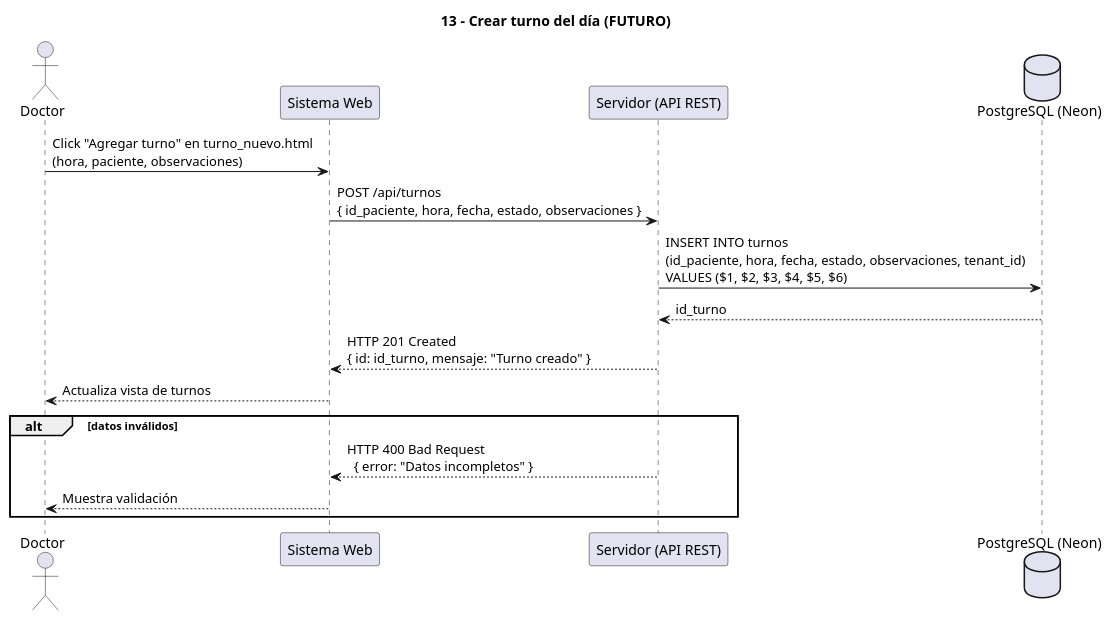
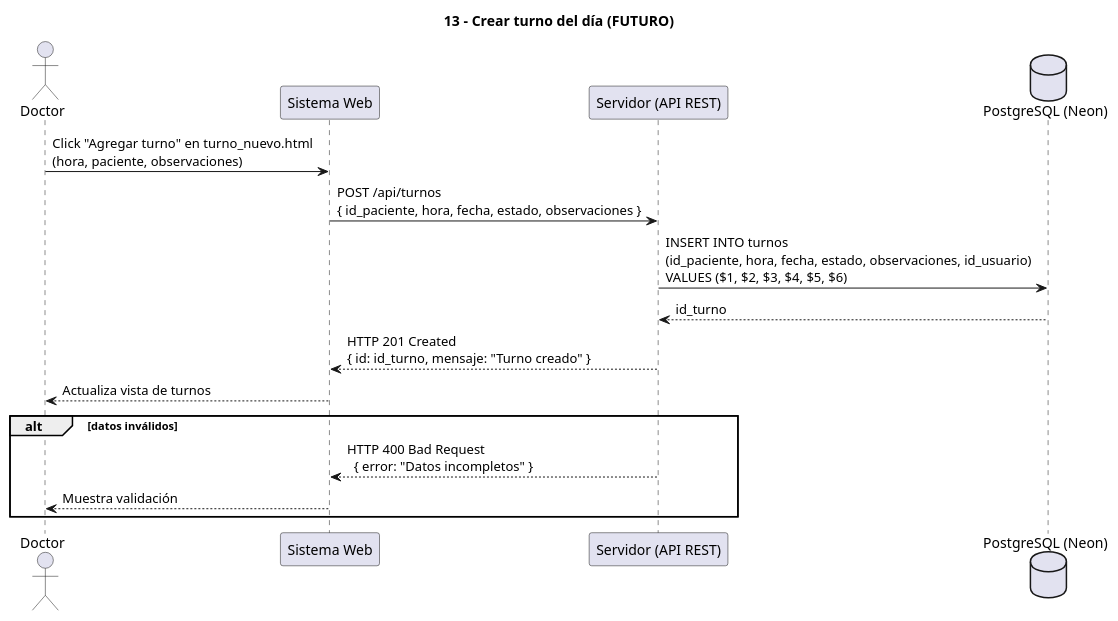
Before and after one commit to marcostoledo96/mvp_historias-clinicas: the diagram in docs/13_crear_turno_del_dia.puml, drawn with PlantUML. The commit also changed 38 other files, not shown here.

Commit message:
Actualizacion UML

```diff
--- a/docs/13_crear_turno_del_dia.puml
+++ b/docs/13_crear_turno_del_dia.puml
@@ -1,26 +1,26 @@
 @startuml
 ' Diagrama 13 - Crear turno del día
 ' FUNCIONALIDAD FUTURA - No implementada en el MVP actual
 title 13 - Crear turno del día (FUTURO)
 
 actor Doctor
 participant "Sistema Web" as Web
 participant "Servidor (API REST)" as Server
 database "PostgreSQL (Neon)" as DB
 
 Doctor -> Web : Click "Agregar turno" en turno_nuevo.html\n(hora, paciente, observaciones)
 
 Web -> Server : POST /api/turnos\n{ id_paciente, hora, fecha, estado, observaciones }
 
-Server -> DB : INSERT INTO turnos\n(id_paciente, hora, fecha, estado, observaciones, tenant_id)\nVALUES ($1, $2, $3, $4, $5, $6)
+Server -> DB : INSERT INTO turnos\n(id_paciente, hora, fecha, estado, observaciones, id_usuario)\nVALUES ($1, $2, $3, $4, $5, $6)
 DB --> Server : id_turno
 
 Server --> Web : HTTP 201 Created\n{ id: id_turno, mensaje: "Turno creado" }
 Web --> Doctor : Actualiza vista de turnos
 
 alt datos inválidos
   Server --> Web : HTTP 400 Bad Request\n  { error: "Datos incompletos" }
   Web --> Doctor : Muestra validación
 end
 
 @enduml
```
